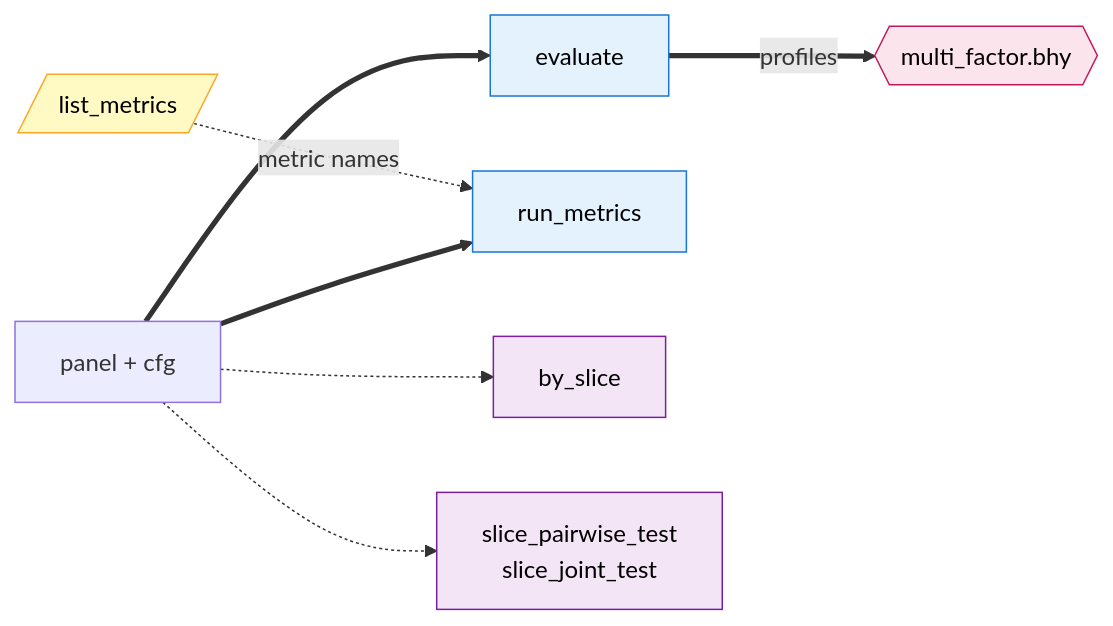
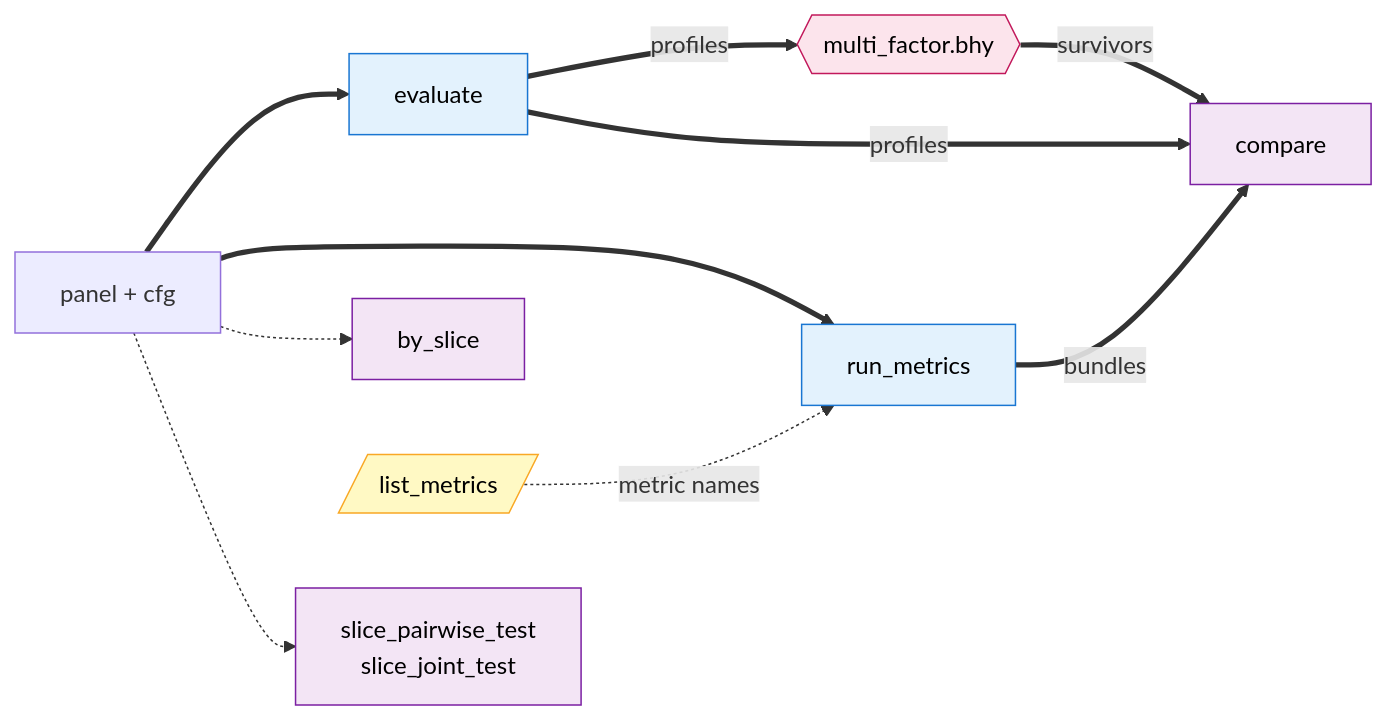
One commit to awwesomeman/factrix changed the diagram in docs/api/index.md. Above: the diagram before and after it, drawn with Mermaid. The commit also changed other lines of this file and 6 other files, not shown here.

First line of the commit message:
feat(api): compare leaderboard (#177)

````diff
--- a/docs/api/index.md
+++ b/docs/api/index.md
@@ -7,33 +7,38 @@
 ```mermaid
 flowchart LR
     P[panel + cfg]
     EV[evaluate]
     RM[run_metrics]
     BS[by_slice]
     ST["slice_pairwise_test<br/>slice_joint_test"]
     BHY{{multi_factor.bhy}}
     LM[/list_metrics/]
+    CMP[compare]
 
     P ==> EV
     P ==> RM
     P -.-> BS
     P -.-> ST
     EV ==>|profiles| BHY
+    EV ==>|profiles| CMP
+    RM ==>|bundles| CMP
+    BHY ==>|survivors| CMP
     LM -.->|metric names| RM
 
     classDef compute fill:#e3f2fd,stroke:#1976d2,color:#000
     classDef decision fill:#fce4ec,stroke:#c2185b,color:#000
     classDef view fill:#f3e5f5,stroke:#7b1fa2,color:#000
     classDef introspect fill:#fff9c4,stroke:#f9a825,color:#000
     class EV,RM compute
     class BHY decision
-    class BS,ST view
+    class BS,ST,CMP view
     class LM introspect
 
     click EV "evaluate/" "evaluate API"
     click RM "run-metrics/" "run_metrics API"
     click BS "by-slice/" "by_slice API"
     click ST "slice-test/" "slice_pairwise_test / slice_joint_test API"
     click BHY "multi-factor/" "multi_factor.bhy API"
     click LM "list-metrics/" "list_metrics API"
+    click CMP "compare/" "compare API"
 ```
````
